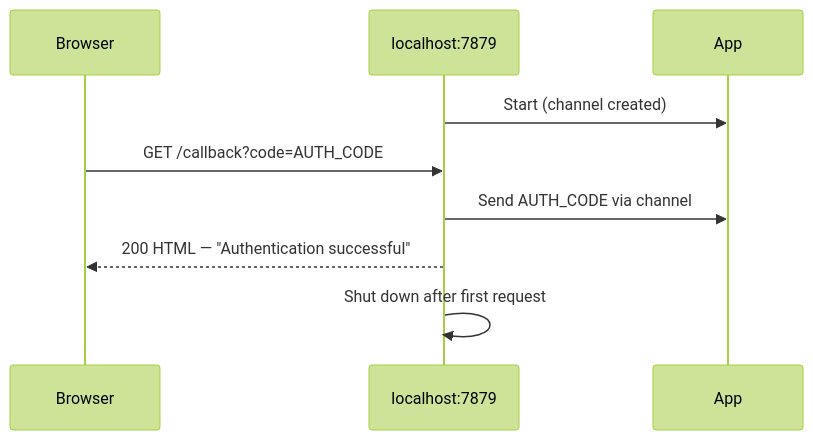
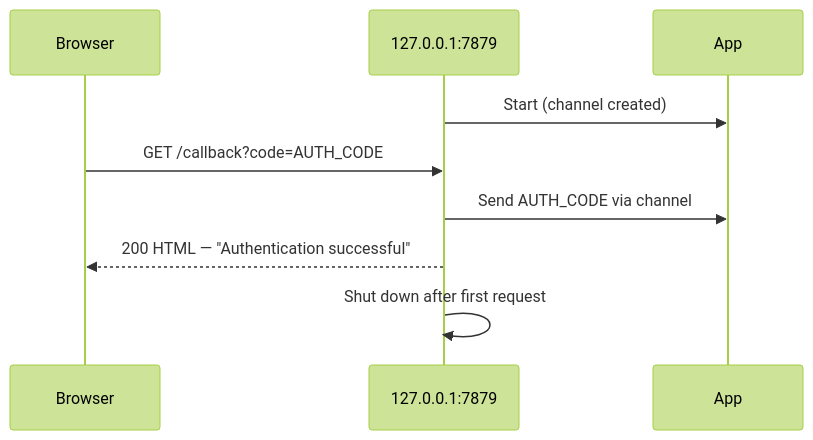
The fourth of 4 diagrams in docs/authentication.md (schneik80/FusionDataCLI), drawn with Mermaid (forest theme) before and after one commit. The commit also changed other lines of this file and 8 other files, not shown here.

````diff
--- a/docs/authentication.md
+++ b/docs/authentication.md
@@ -133,12 +133,12 @@
 ```mermaid
 sequenceDiagram
     participant Browser
-    participant Server as localhost:7879
+    participant Server as 127.0.0.1:7879
     participant App
 
     Server->>App: Start (channel created)
     Browser->>Server: GET /callback?code=AUTH_CODE
     Server->>App: Send AUTH_CODE via channel
     Server-->>Browser: 200 HTML — "Authentication successful"
     Server->>Server: Shut down after first request
 ```
````
